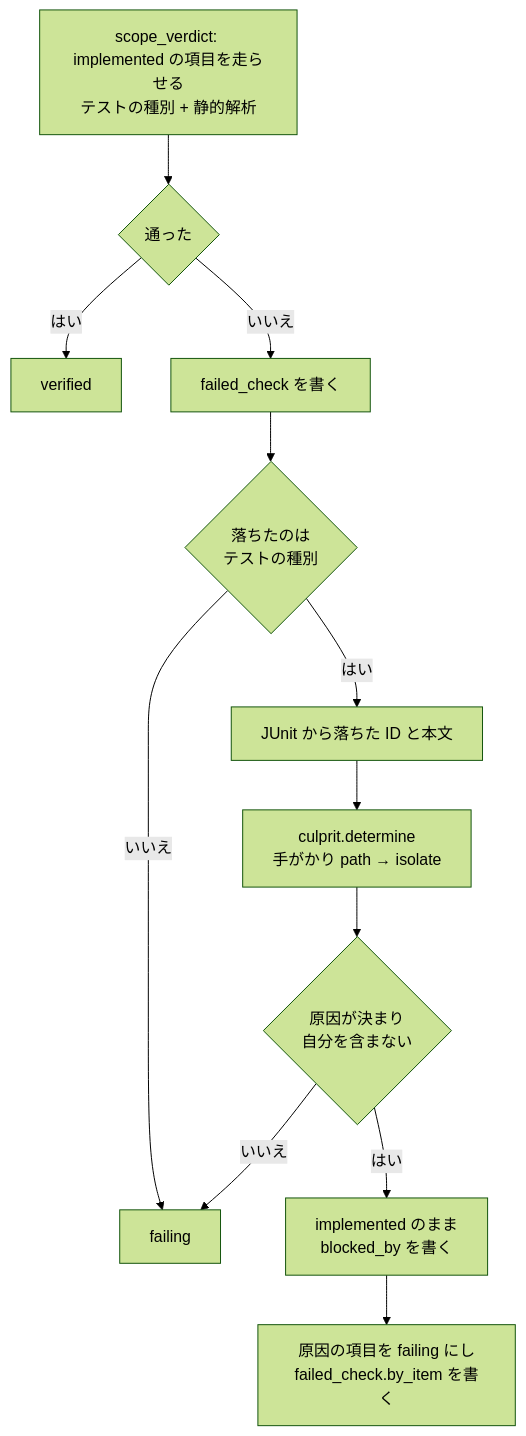
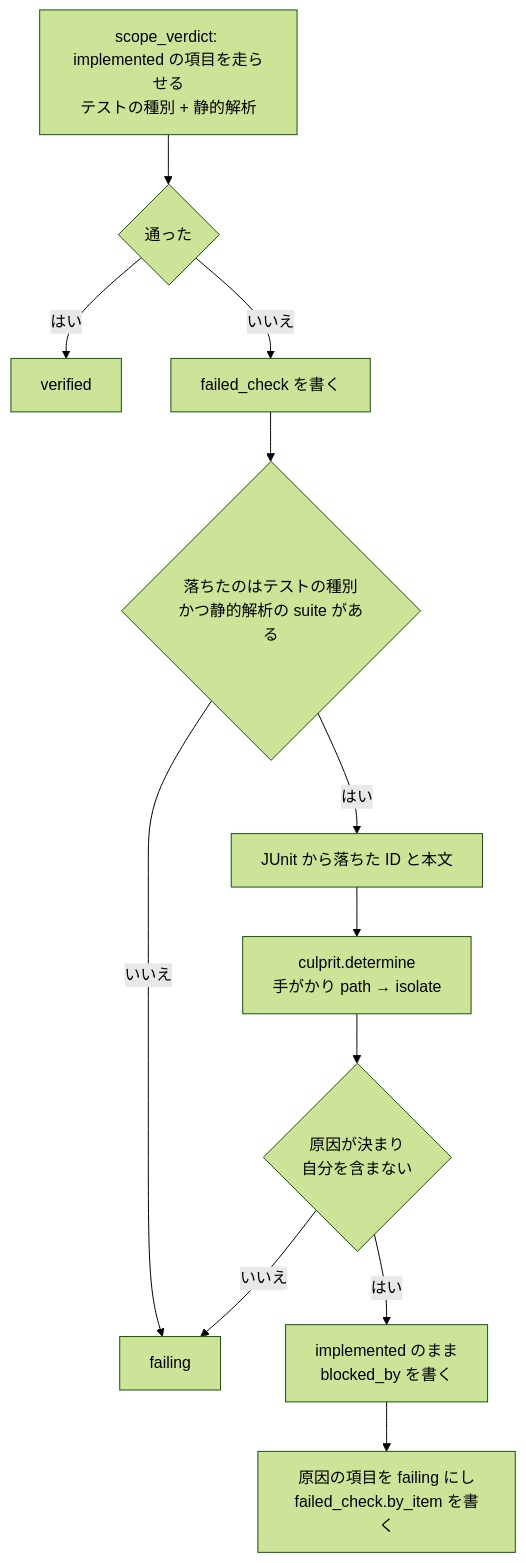
The fourth of 5 diagrams in issues/issue-1693-design.md (devbasex/ai-plugins), drawn with Mermaid (forest theme) before and after one commit. The commit also changed other lines of this file, not shown here.

First line of the commit message:
docs(design): #1693 静的解析の suite が無いときは原因の判定と走らせ直しを行わない契約に揃える

````diff
--- a/issues/issue-1693-design.md
+++ b/issues/issue-1693-design.md
@@ -289,14 +289,14 @@
 ```mermaid
 graph TD
   A[scope_verdict: implemented の項目を走らせる<br/>テストの種別 + 静的解析] --> B{通った}
   B -- はい --> V[verified]
   B -- いいえ --> C[failed_check を書く]
-  C --> K{落ちたのは<br/>テストの種別}
+  C --> K{落ちたのはテストの種別<br/>かつ静的解析の suite がある}
   K -- いいえ --> F[failing]
   K -- はい --> J[JUnit から落ちた ID と本文]
   J --> D[culprit.determine<br/>手がかり path → isolate]
   D --> E{原因が決まり<br/>自分を含まない}
   E -- いいえ --> F
   E -- はい --> W[implemented のまま<br/>blocked_by を書く]
   W --> X[原因の項目を failing にし<br/>failed_check.by_item を書く]
 ```
````
